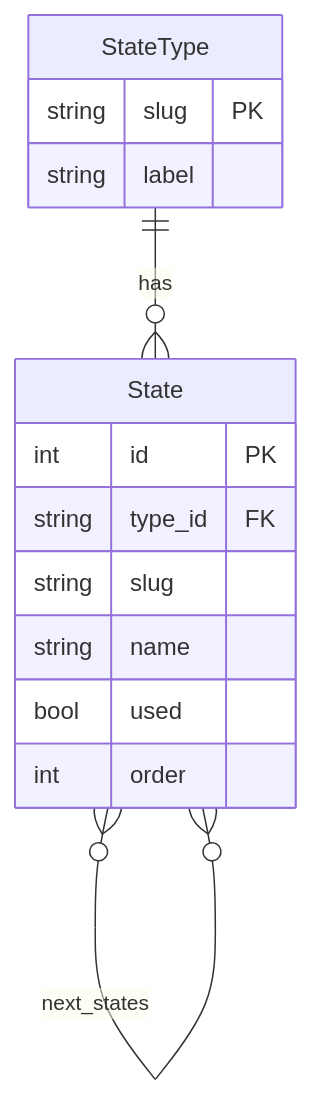
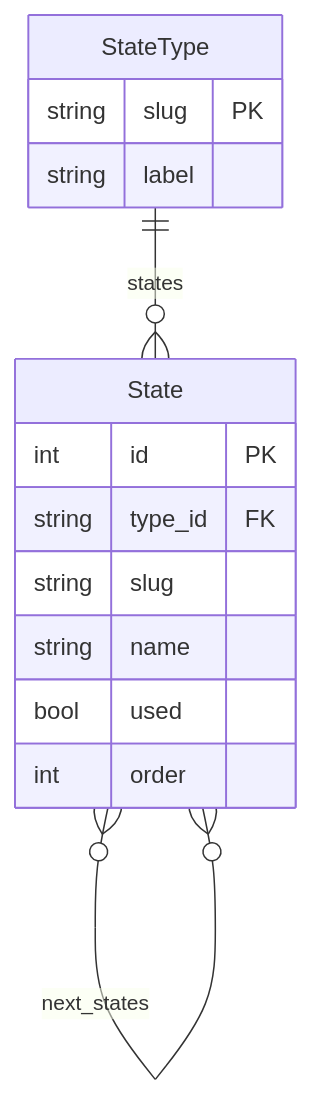
Before and after one commit to aliaspartan9/datatracker: the second of 3 diagrams in dev/intro/document.md, drawn with Mermaid. The commit also changed other lines of this file, not shown here.

````diff
--- a/dev/intro/document.md
+++ b/dev/intro/document.md
@@ -222,18 +332,18 @@
 ```mermaid
 erDiagram
     StateType {
         string slug PK
         string label
     }
     State {
         int id PK
         string type_id FK
         string slug
         string name
         bool used
         int order
     }
 
-    StateType ||--o{ State : "has"
+    StateType ||--o{ State : "states"
     State }o--o{ State : "next_states"
 ```
````
